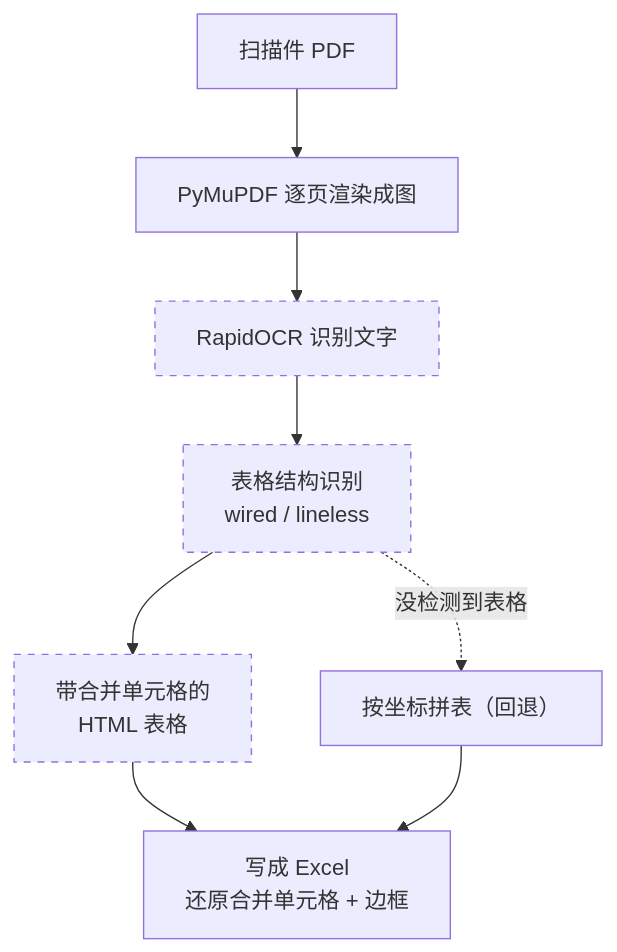
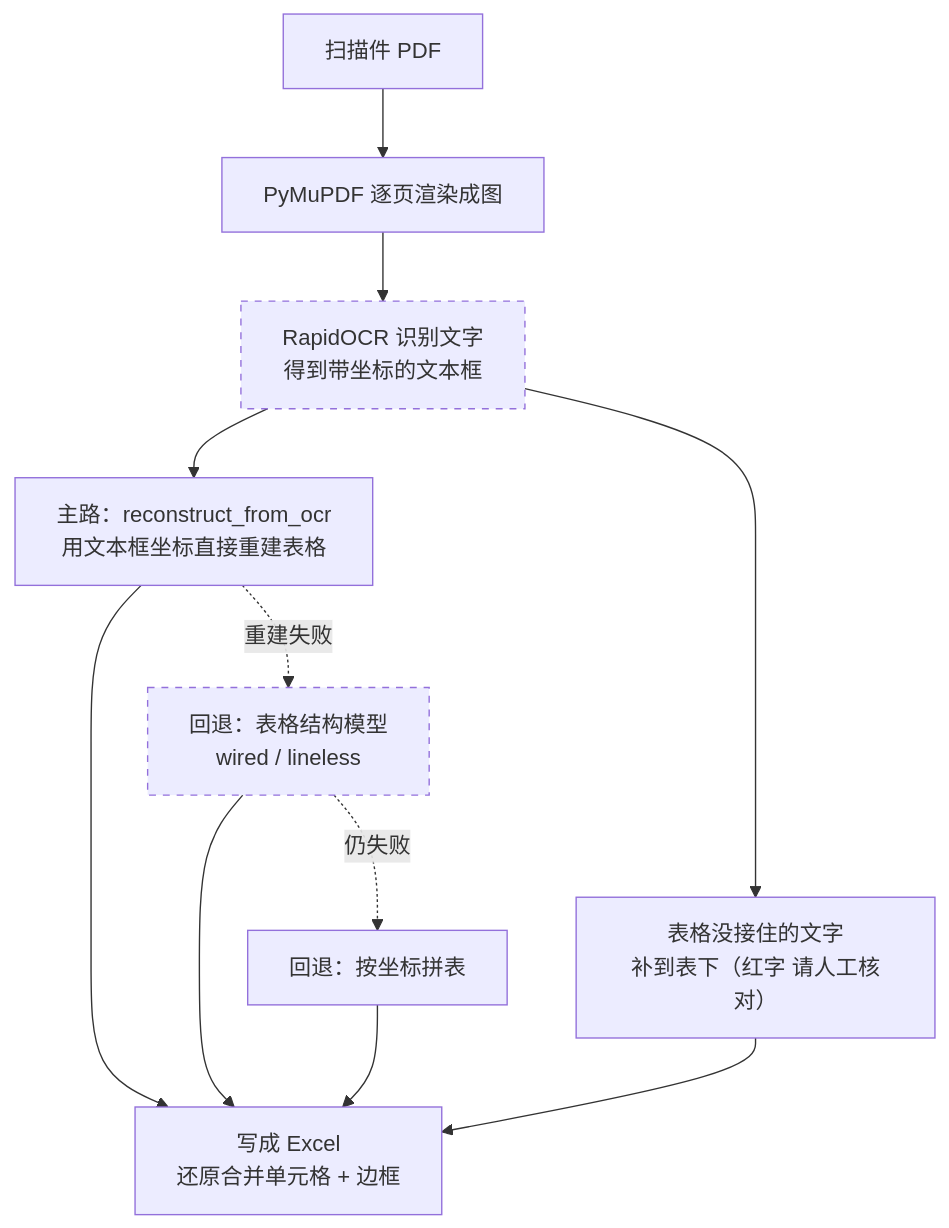
One commit to hhaa134323/audit-pdf2excel changed the diagram in README.md. Above: the diagram before and after it, drawn with Mermaid. The commit also changed other lines of this file, not shown here.

Commit message:
docs: 更新 README 与实际代码对齐（主路改为 reconstruct_from_ocr，补 reconstruct.py / --min-score / --debug / 兜底区）

````diff
--- a/README.md
+++ b/README.md
@@ -85,12 +94,15 @@
 ```mermaid
 flowchart TD
     A["扫描件 PDF"] --> B["PyMuPDF 逐页渲染成图"]
-    B --> C["RapidOCR 识别文字"]
-    C --> D["表格结构识别<br>wired / lineless"]
-    D --> E["带合并单元格的<br>HTML 表格"]
-    E --> F["写成 Excel<br>还原合并单元格 + 边框"]
-    D -.没检测到表格.-> G["按坐标拼表（回退）"]
-    G --> F
+    B --> C["RapidOCR 识别文字<br>得到带坐标的文本框"]
+    C --> D["主路：reconstruct_from_ocr<br>用文本框坐标直接重建表格"]
+    D --> E["写成 Excel<br>还原合并单元格 + 边框"]
+    D -.重建失败.-> F["回退：表格结构模型<br>wired / lineless"]
+    F -.仍失败.-> G["回退：按坐标拼表"]
+    F --> E
+    G --> E
+    C --> H["表格没接住的文字<br>补到表下（红字 请人工核对）"]
+    H --> E
     classDef ai stroke-dasharray:5 5;
-    class C,D,E ai;
+    class C,F ai;
 ```
````
